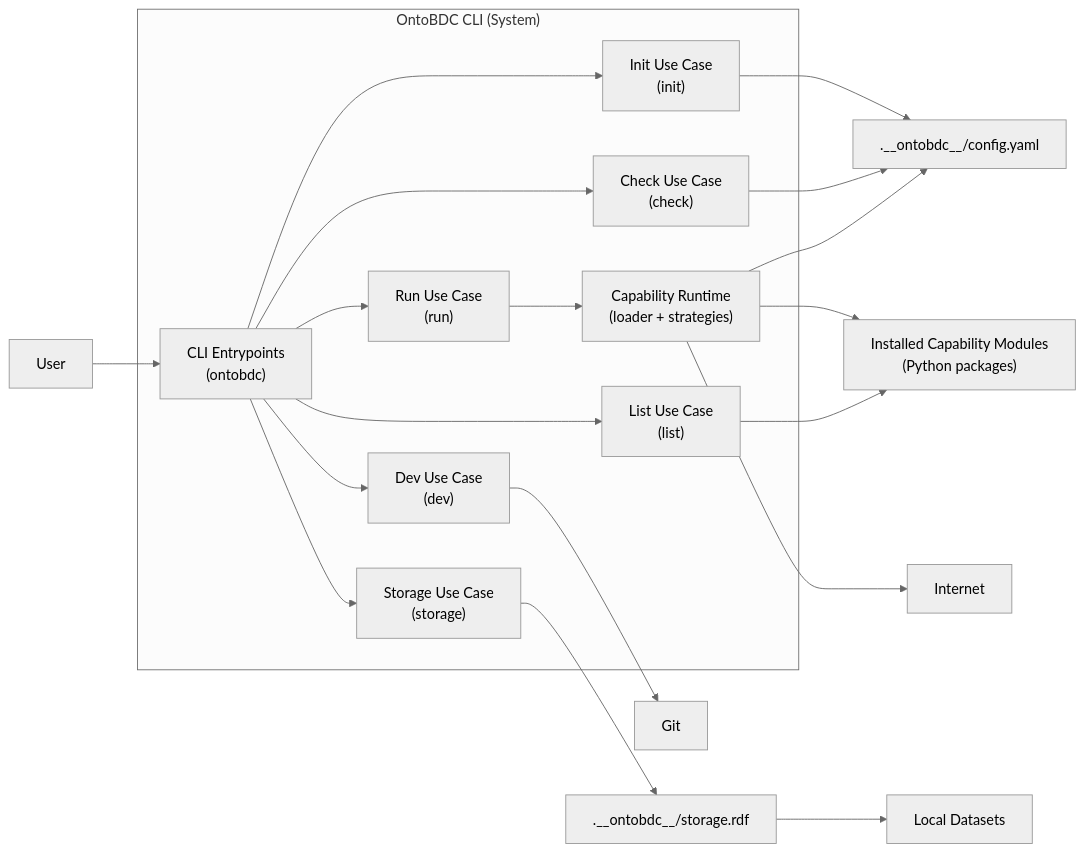
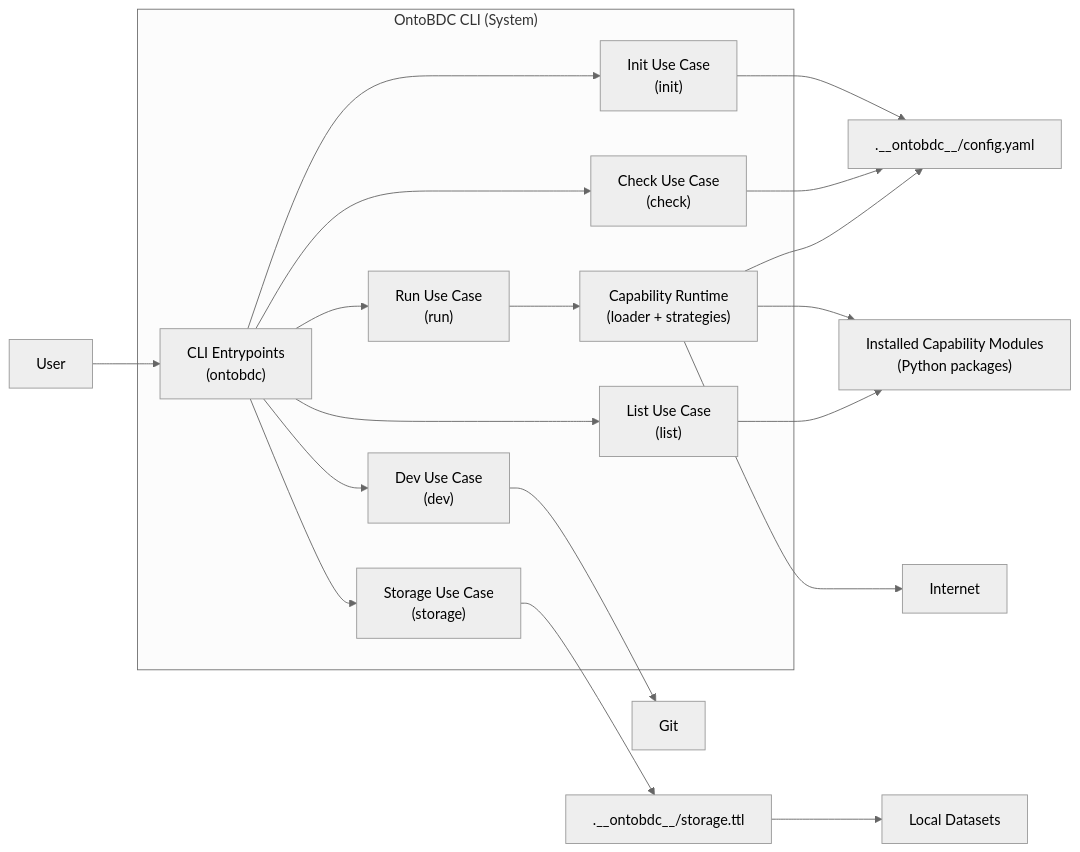
Before and after one commit to OntoBDC/ontobdc-docs: the second of 2 diagrams in README.md, drawn with Mermaid (neutral theme). The commit also changed other lines of this file and 8 other files, not shown here.

````diff
--- a/README.md
+++ b/README.md
@@ -84,42 +84,42 @@
 ```mermaid
 flowchart LR
   User["User"]
 
   subgraph OntoBDC["OntoBDC CLI (System)"]
     CLI["CLI Entrypoints<br/>(ontobdc)"]
     Init["Init Use Case<br/>(init)"]
     Check["Check Use Case<br/>(check)"]
     Run["Run Use Case<br/>(run)"]
     List["List Use Case<br/>(list)"]
     Storage["Storage Use Case<br/>(storage)"]
     Dev["Dev Use Case<br/>(dev)"]
     Runtime["Capability Runtime<br/>(loader + strategies)"]
   end
 
   Config[".__ontobdc__/config.yaml"]
-  StorageIndex[".__ontobdc__/storage.rdf"]
+  StorageIndex[".__ontobdc__/storage.ttl"]
   Datasets["Local Datasets"]
   Capabilities["Installed Capability Modules<br/>(Python packages)"]
   Git["Git"]
   Internet["Internet"]
 
   User --> CLI
 
   CLI --> Init
   CLI --> Check
   CLI --> Run
   CLI --> List
   CLI --> Storage
   CLI --> Dev
 
   Init --> Config
   Check --> Config
   Run --> Runtime
   Runtime --> Config
   Runtime --> Capabilities
   Runtime --> Internet
   List --> Capabilities
   Storage --> StorageIndex
   StorageIndex --> Datasets
   Dev --> Git
 ```
````
